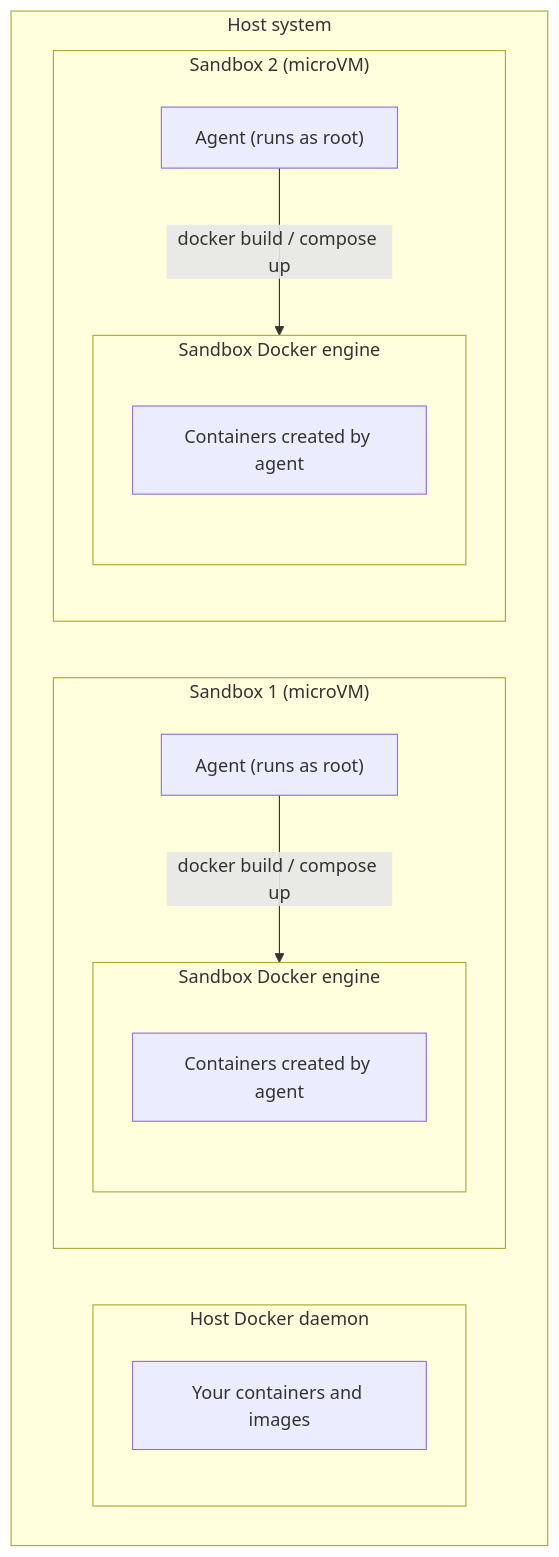
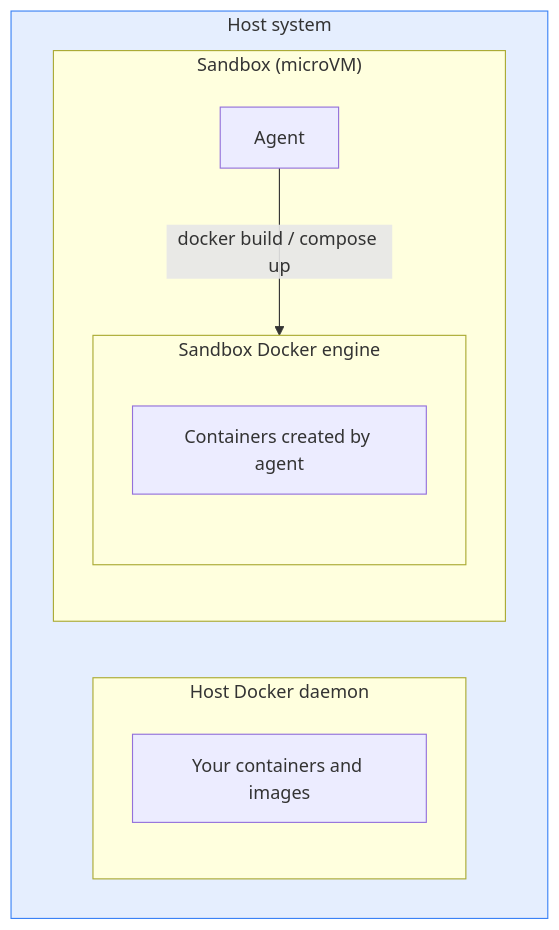
One commit to docker/docs changed the first of 2 diagrams in content/manuals/ai/sandboxes/security/isolation.md. Above: the diagram before and after it, drawn with Mermaid. The commit also changed other lines of this file, not shown here.

Commit message:
sandboxes: simplify Docker Engine diagram to one sandbox
Show a single sandbox VM instead of two, drop the incorrect "runs as root"
label (the agent is a non-root sudo user, per the hypervisor section), and
tint the Host system box with a distinct background.

````diff
--- a/content/manuals/ai/sandboxes/security/isolation.md
+++ b/content/manuals/ai/sandboxes/security/isolation.md
@@ -67,22 +67,16 @@
 ```mermaid
 flowchart TB
   subgraph host["Host system"]
     subgraph hostd["Host Docker daemon"]
       hc["Your containers and images"]
     end
-    subgraph vm1["Sandbox 1 (microVM)"]
-      a1["Agent (runs as root)"]
-      subgraph e1["Sandbox Docker engine"]
-        c1["Containers created by agent"]
+    subgraph vm["Sandbox (microVM)"]
+      a["Agent"]
+      subgraph e["Sandbox Docker engine"]
+        c["Containers created by agent"]
       end
-      a1 -->|"docker build / compose up"| e1
-    end
-    subgraph vm2["Sandbox 2 (microVM)"]
-      a2["Agent (runs as root)"]
-      subgraph e2["Sandbox Docker engine"]
-        c2["Containers created by agent"]
-      end
-      a2 -->|"docker build / compose up"| e2
+      a -->|"docker build / compose up"| e
     end
   end
+  style host fill:#3b82f622,stroke:#3b82f6
 ```
````
